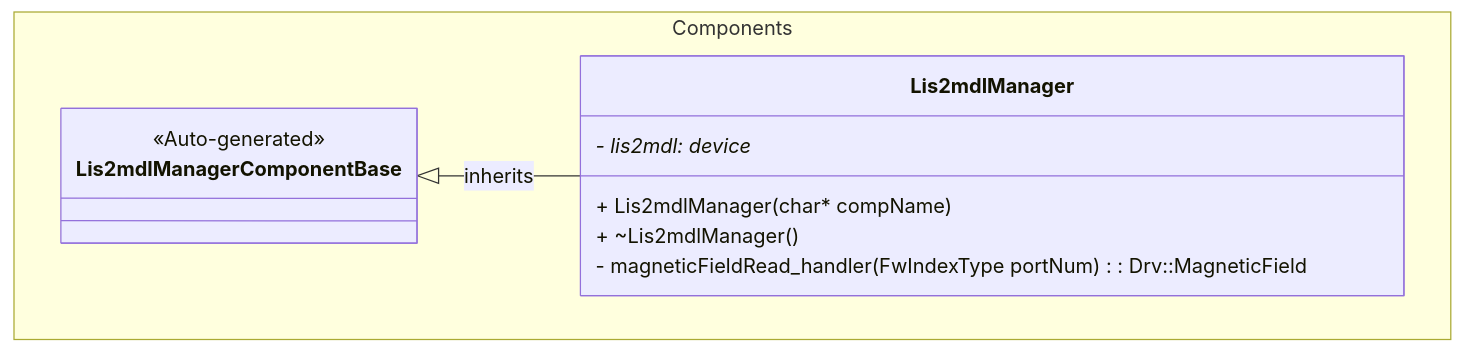
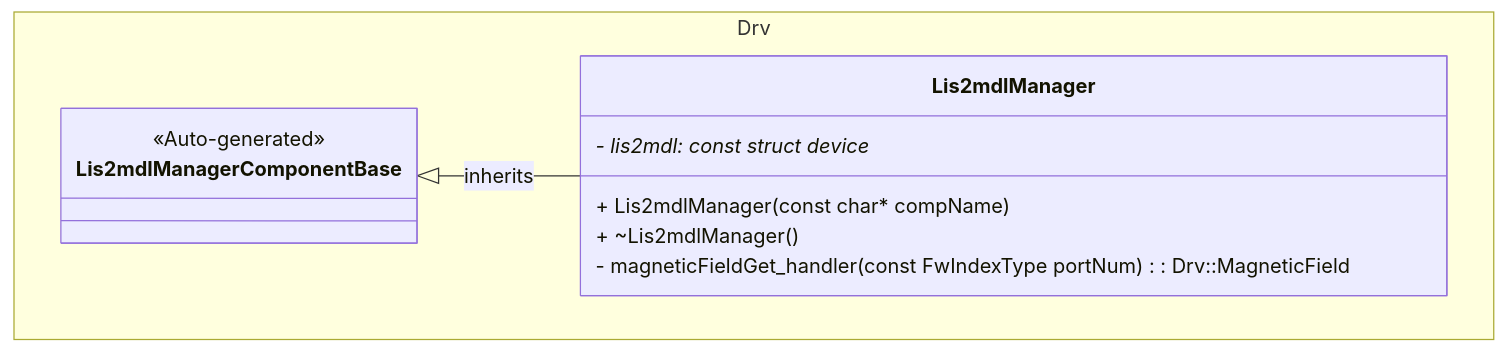
One commit to Open-Source-Space-Foundation/proves-core-reference changed the first of 2 diagrams in FprimeZephyrReference/Components/Drv/Lis2mdlManager/docs/sdd.md. Above: the diagram before and after it, drawn with Mermaid. The commit also changed other lines of this file and 11 other files, not shown here.

Commit message:
clear throttle, configure lsm6 sensor, read->get

````diff
--- a/FprimeZephyrReference/Components/Drv/Lis2mdlManager/docs/sdd.md
+++ b/FprimeZephyrReference/Components/Drv/Lis2mdlManager/docs/sdd.md
@@ -20,15 +21,15 @@
 ```mermaid
 classDiagram
-    namespace Components {
+    namespace Drv {
         class Lis2mdlManagerComponentBase {
             <<Auto-generated>>
         }
         class Lis2mdlManager {
-            - lis2mdl: device*
-            + Lis2mdlManager(char* compName)
+            - lis2mdl: const struct device*
+            + Lis2mdlManager(const char* compName)
             + ~Lis2mdlManager()
-            - magneticFieldRead_handler(FwIndexType portNum): Drv::MagneticField
+            - magneticFieldGet_handler(const FwIndexType portNum): Drv::MagneticField
         }
     }
     Lis2mdlManagerComponentBase <|-- Lis2mdlManager : inherits
 ```
````
